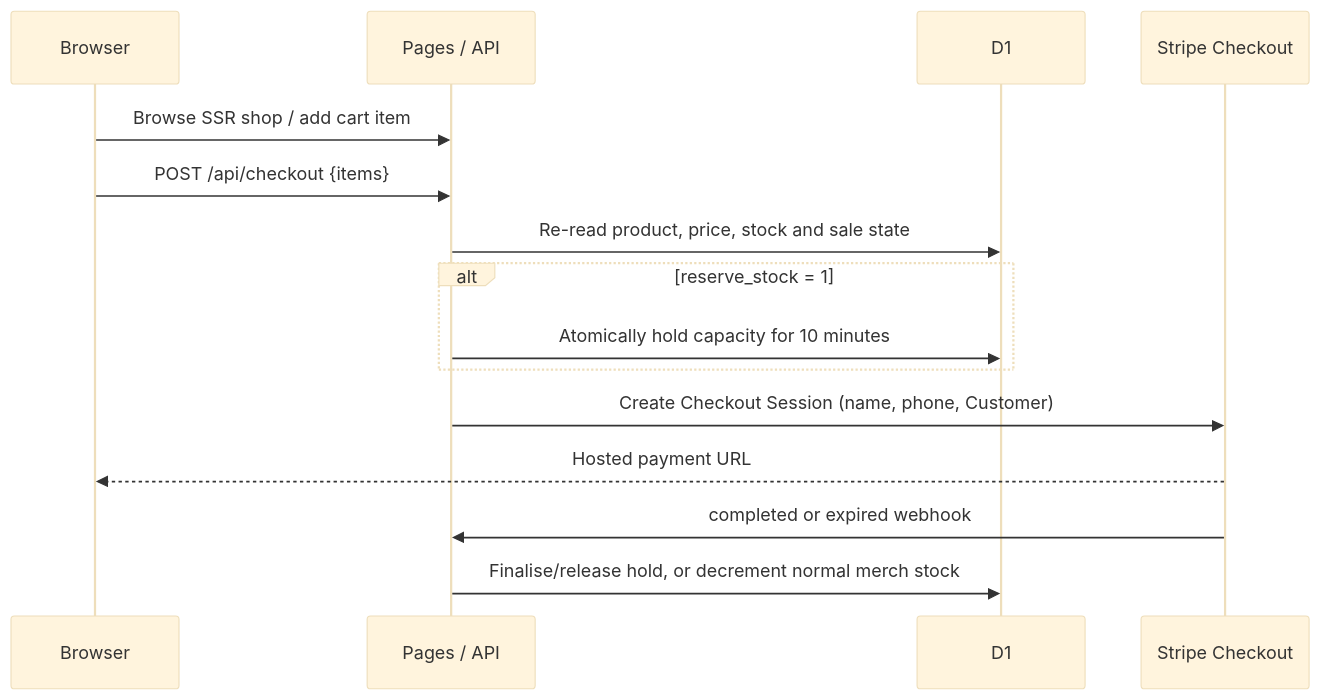
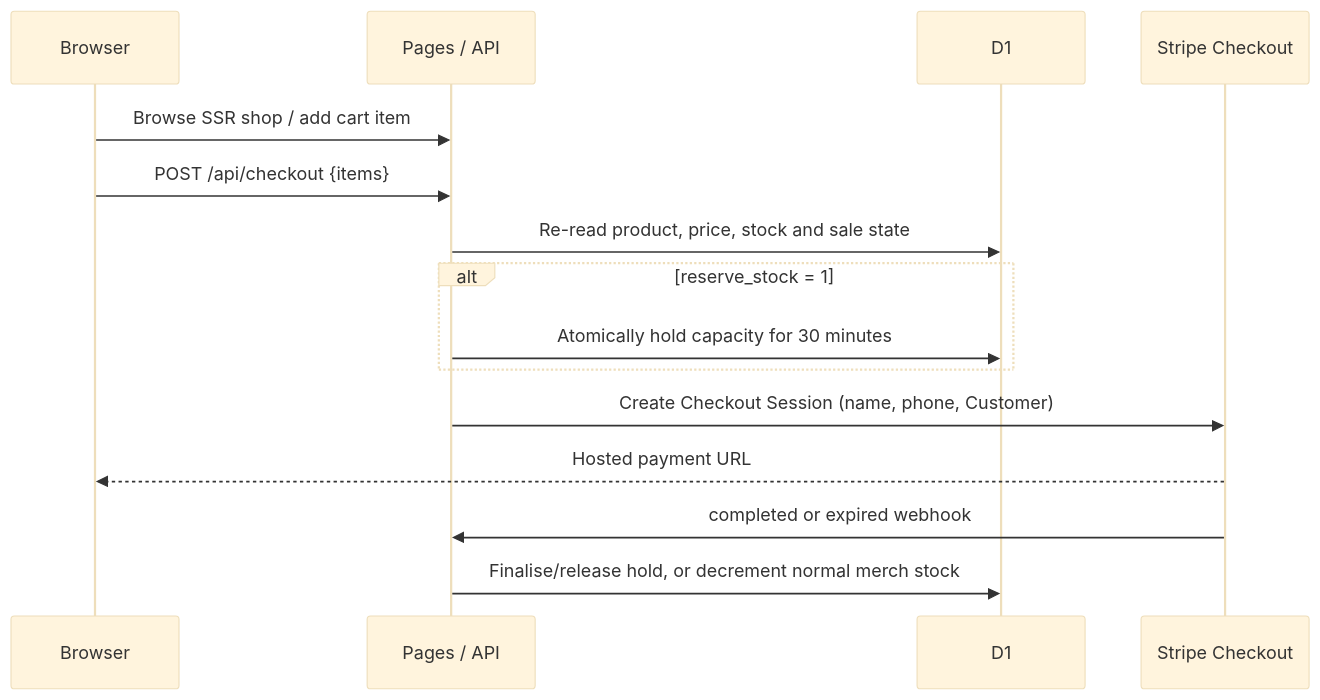
One commit to jusa-a/juoksut changed the diagram in docs/architecture.md. Above: the diagram before and after it, drawn with Mermaid (base theme). The commit also changed 6 other files, not shown here.

````diff
--- a/docs/architecture.md
+++ b/docs/architecture.md
@@ -53,18 +53,18 @@
 ```mermaid
 sequenceDiagram
   participant B as Browser
   participant A as Pages / API
   participant D as D1
   participant S as Stripe Checkout
 
   B->>A: Browse SSR shop / add cart item
   B->>A: POST /api/checkout {items}
   A->>D: Re-read product, price, stock and sale state
   alt reserve_stock = 1
-    A->>D: Atomically hold capacity for 10 minutes
+    A->>D: Atomically hold capacity for 30 minutes
   end
   A->>S: Create Checkout Session (name, phone, Customer)
   S-->>B: Hosted payment URL
   S->>A: completed or expired webhook
   A->>D: Finalise/release hold, or decrement normal merch stock
 ```
````
